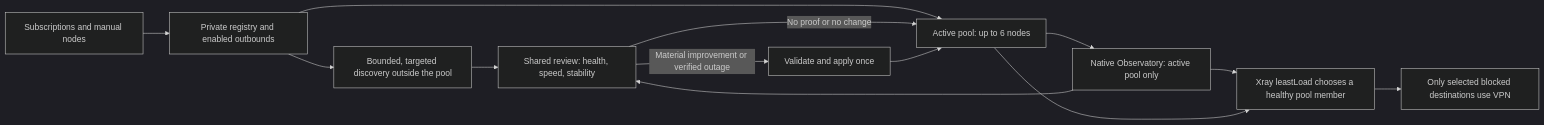
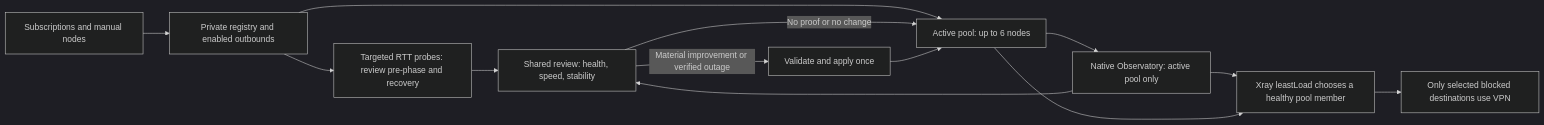
The diagram in plan/architecture-node-quality-v1.md (popiposter/xkeen-control), drawn with Mermaid (dark theme) before and after one commit. The commit also changed other lines of this file and 3 other files, not shown here.

````diff
--- a/plan/architecture-node-quality-v1.md
+++ b/plan/architecture-node-quality-v1.md
@@ -22,15 +22,15 @@
 ```mermaid
 flowchart LR
   S[Subscriptions and manual nodes] --> R[Private registry and enabled outbounds]
-  R --> D[Bounded, targeted discovery outside the pool]
+  R --> D[Targeted RTT probes: review pre-phase and recovery]
   R --> P[Active pool: up to 6 nodes]
   D --> Q[Shared review: health, speed, stability]
   P --> O[Native Observatory: active pool only]
   O --> Q
   Q -->|Material improvement or verified outage| A[Validate and apply once]
   Q -->|No proof or no change| P
   A --> P
   O --> X[Xray leastLoad chooses a healthy pool member]
   P --> X
   X --> T[Only selected blocked destinations use VPN]
 ```
````
